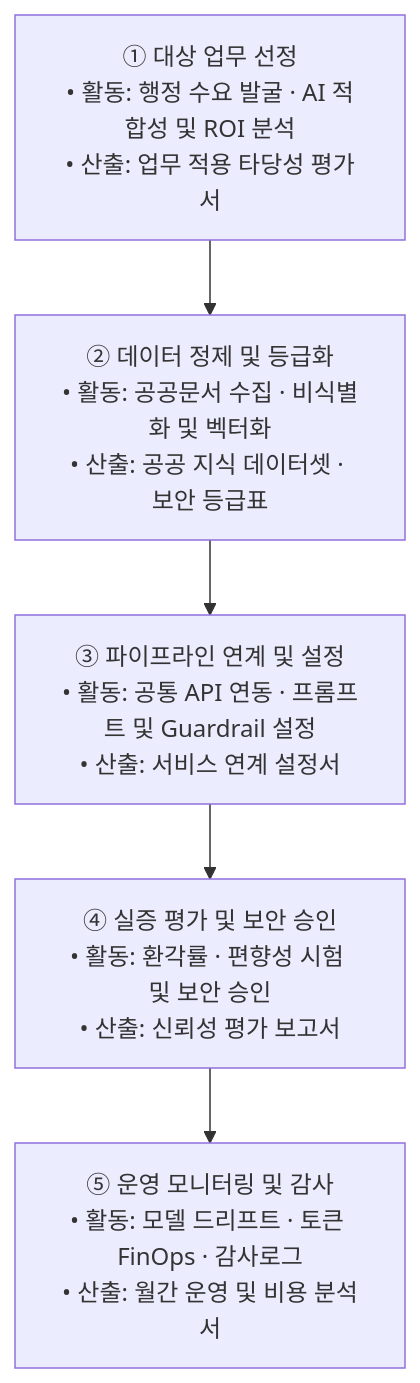
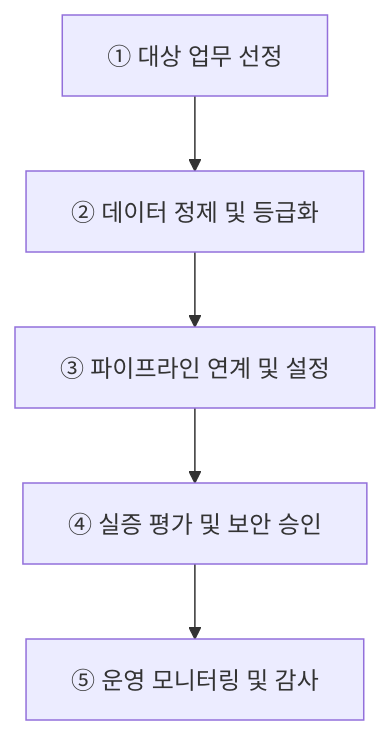
Before and after one commit to agnusdei1207/study: the first of 3 diagrams in src/content/docs/notes/itpe/01-it-strategy/025_pan_government_ai_common_infrastructure.md, drawn with Mermaid. The commit also changed other lines of this file and 19 other files, not shown here.

````diff
--- a/src/content/docs/notes/itpe/01-it-strategy/025_pan_government_ai_common_infrastructure.md
+++ b/src/content/docs/notes/itpe/01-it-strategy/025_pan_government_ai_common_infrastructure.md
@@ -54,10 +54,4 @@
 ```mermaid
 flowchart TD
-    S1["① 대상 업무 선정<br/>• 활동: 행정 수요 발굴 · AI 적합성 및 ROI 분석<br/>• 산출: 업무 적용 타당성 평가서"]
-    S2["② 데이터 정제 및 등급화<br/>• 활동: 공공문서 수집 · 비식별화 및 벡터화<br/>• 산출: 공공 지식 데이터셋 · 보안 등급표"]
-    S3["③ 파이프라인 연계 및 설정<br/>• 활동: 공통 API 연동 · 프롬프트 및 Guardrail 설정<br/>• 산출: 서비스 연계 설정서"]
-    S4["④ 실증 평가 및 보안 승인<br/>• 활동: 환각률 · 편향성 시험 및 보안 승인<br/>• 산출: 신뢰성 평가 보고서"]
-    S5["⑤ 운영 모니터링 및 감사<br/>• 활동: 모델 드리프트 · 토큰 FinOps · 감사로그<br/>• 산출: 월간 운영 및 비용 분석서"]
-
-    S1 --> S2 --> S3 --> S4 --> S5
+    S1["① 대상 업무 선정"] --> S2["② 데이터 정제 및 등급화"] --> S3["③ 파이프라인 연계 및 설정"] --> S4["④ 실증 평가 및 보안 승인"] --> S5["⑤ 운영 모니터링 및 감사"]
 ```
````
